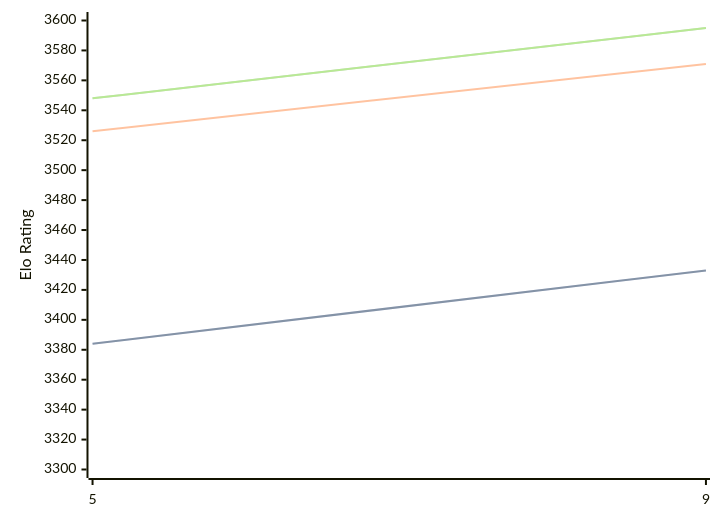
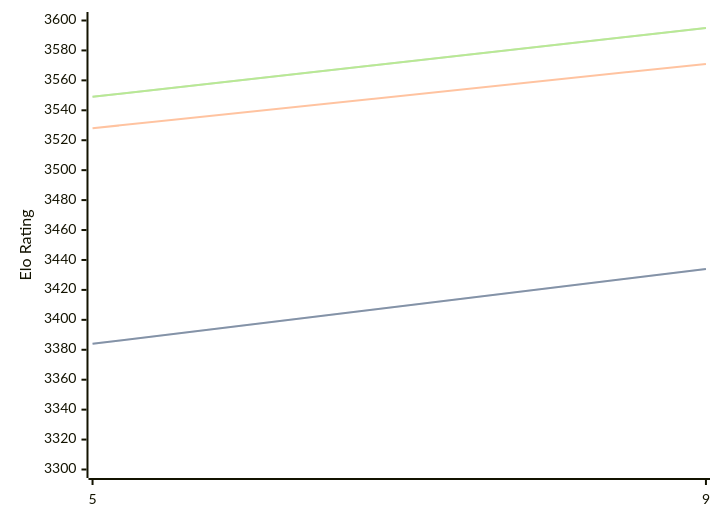
One commit to computer-chess-index/cci changed the diagram in engines/Crystal.md. Above: the diagram before and after it, drawn with Mermaid. The commit also changed other lines of this file, not shown here.

Commit message:
Update CCI Ratings (ELO VLTC) - 2026-09-16

````diff
--- a/engines/Crystal.md
+++ b/engines/Crystal.md
@@ -32,11 +32,11 @@
 ```mermaid
 %%{init: {"theme":"base","themeVariables":{"seriesColors:['#a3a3a3','#222221','#faa371']}}}%%
 xychart-beta
   x-axis ["5", "9"]
   y-axis "Elo Rating" 3300 --> 3600
-  line "" [3384, 3433]
-  line "STC (8.0+0.08s)" [3384, 3433]
-  line "LTC (60.0+0.60s)" [3526, 3571]
-  line "" [3548, 3595]
-  line "VLTC (2m24s+1.12s)" [3548, 3595]
+  line "" [3384, 3434]
+  line "STC (8.0+0.08s)" [3384, 3434]
+  line "LTC (60.0+0.60s)" [3528, 3571]
+  line "" [3549, 3595]
+  line "VLTC (2m24s+1.12s)" [3549, 3595]
 ```
````
